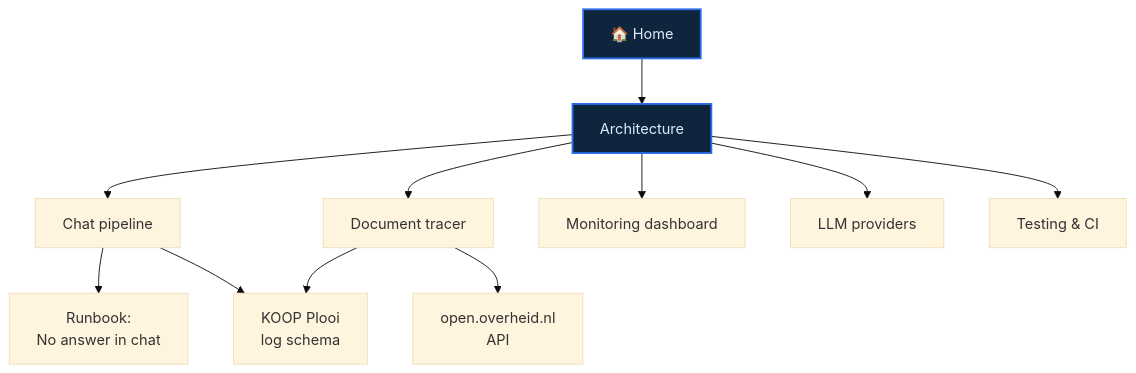
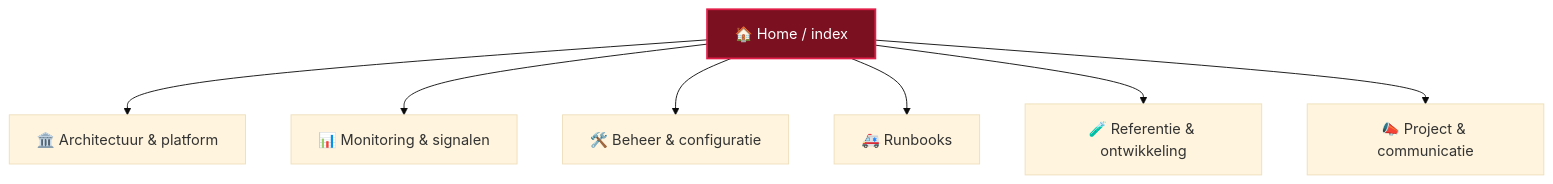
One commit to virimbo/kibana-oo changed the diagram in docs/KIBANA-OO/Home.md. Above: the diagram before and after it, drawn with Mermaid (base theme). The commit also changed other lines of this file and 2 other files, not shown here.

First line of the commit message:
docs: categorized vault index + harness note + management deck

````diff
--- a/docs/KIBANA-OO/Home.md
+++ b/docs/KIBANA-OO/Home.md
@@ -16,16 +23,12 @@
 ```mermaid
 flowchart TD
-    H["🏠 Home"] --> A["Architecture"]
-    A --> CP["Chat pipeline"]
-    A --> DT["Document tracer"]
-    A --> MD["Monitoring dashboard"]
-    A --> LP["LLM providers"]
-    CP --> RB["Runbook:<br/>No answer in chat"]
-    CP --> LS["KOOP Plooi<br/>log schema"]
-    DT --> OV["open.overheid.nl<br/>API"]
-    DT --> LS
-    A --> TC["Testing & CI"]
-
-    classDef hub fill:#0f243d,stroke:#2f6feb,stroke-width:2px,color:#dbeafe;
-    class H,A hub;
+    H["🏠 Home / index"]
+    H --> A["🏛️ Architectuur & platform"]
+    H --> M["📊 Monitoring & signalen"]
+    H --> B["🛠️ Beheer & configuratie"]
+    H --> R["🚑 Runbooks"]
+    H --> D["🧪 Referentie & ontwikkeling"]
+    H --> P["📣 Project & communicatie"]
+    classDef hub fill:#7a1020,stroke:#e11d48,stroke-width:2px,color:#fff;
+    class H hub;
 ```
````
